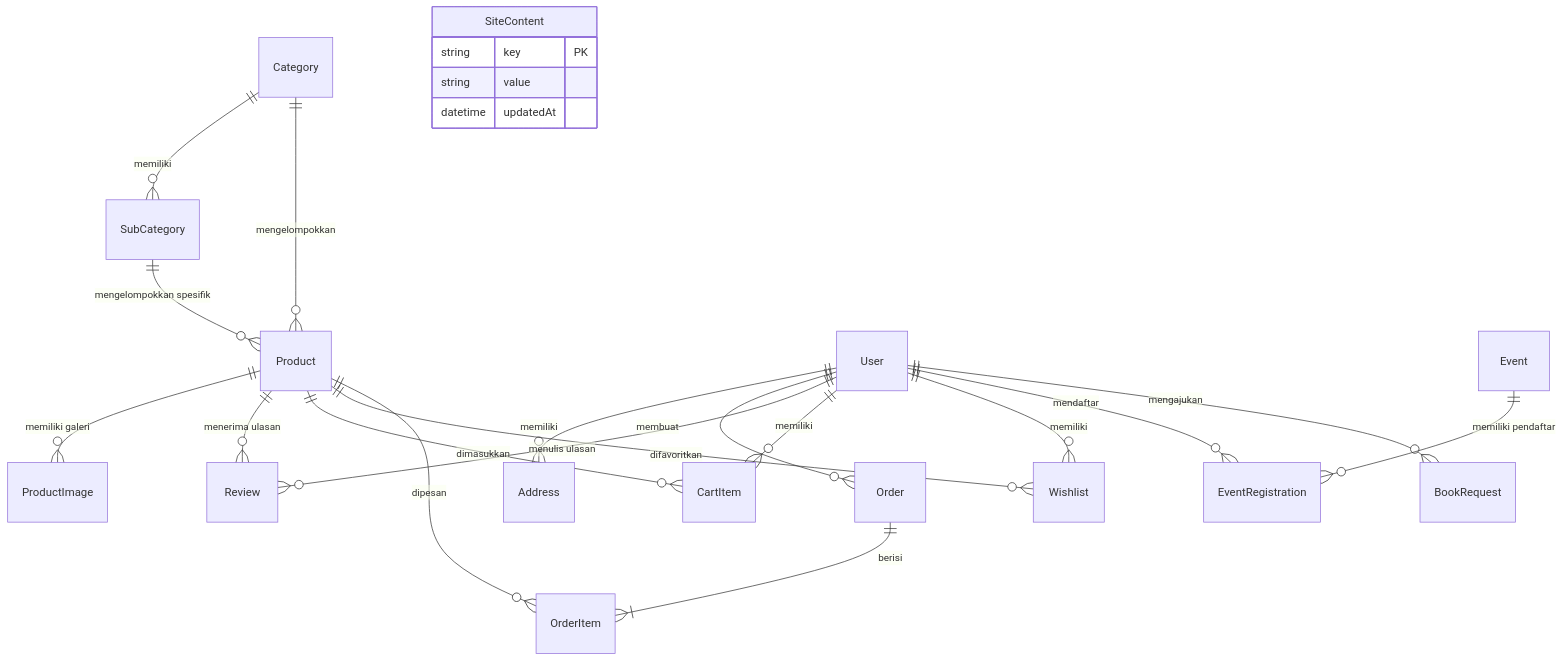
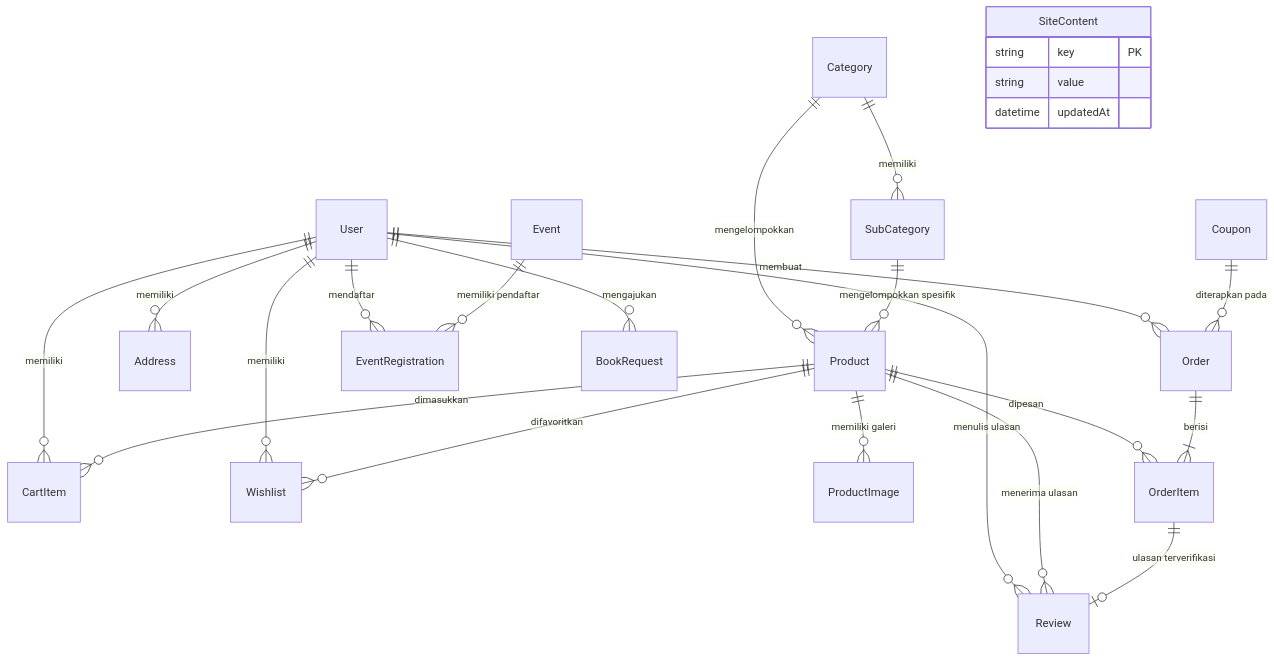
One commit to muhammadarkanmariadi-debug/BabyShalls-monorepo changed the diagram in docs/DATABASE_SCHEMA.md. Above: the diagram before and after it, drawn with Mermaid. The commit also changed other lines of this file and 186 other files, not shown here.

````diff
--- a/docs/DATABASE_SCHEMA.md
+++ b/docs/DATABASE_SCHEMA.md
@@ -12,29 +12,31 @@
 ```mermaid
 erDiagram
     Category ||--o{ SubCategory : "memiliki"
     Category ||--o{ Product : "mengelompokkan"
     SubCategory ||--o{ Product : "mengelompokkan spesifik"
 
     User ||--o{ Address : "memiliki"
     User ||--o{ Order : "membuat"
     User ||--o{ Review : "menulis ulasan"
     User ||--o{ CartItem : "memiliki"
     User ||--o{ Wishlist : "memiliki"
     User ||--o{ EventRegistration : "mendaftar"
     User ||--o{ BookRequest : "mengajukan"
 
     Product ||--o{ ProductImage : "memiliki galeri"
     Product ||--o{ Review : "menerima ulasan"
     Product ||--o{ CartItem : "dimasukkan"
     Product ||--o{ Wishlist : "difavoritkan"
     Product ||--o{ OrderItem : "dipesan"
 
     Order ||--|{ OrderItem : "berisi"
+    OrderItem ||--o| Review : "ulasan terverifikasi"
+    Coupon ||--o{ Order : "diterapkan pada"
     Event ||--o{ EventRegistration : "memiliki pendaftar"
 
     SiteContent {
         string key PK
         string value
         datetime updatedAt
     }
 ```
````
